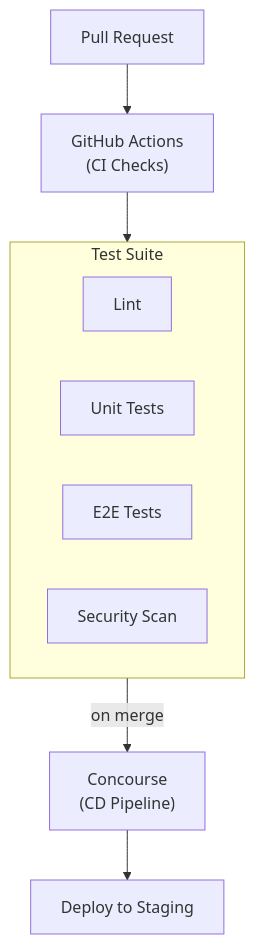
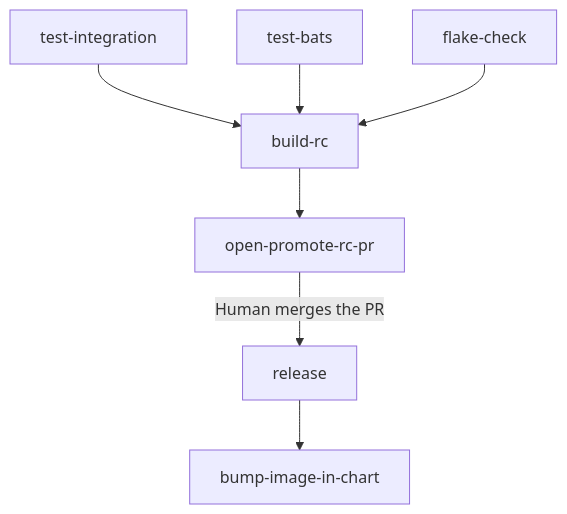
One commit to GaloyMoney/lana-bank changed the second of 2 diagrams in docs-site/docs/for-platform-engineers/deployment/ci-cd.md. Above: the diagram before and after it, drawn with Mermaid. The commit also changed other lines of this file and 6 other files, not shown here.

````diff
--- a/docs-site/docs/for-platform-engineers/deployment/ci-cd.md
+++ b/docs-site/docs/for-platform-engineers/deployment/ci-cd.md
@@ -39,16 +105,9 @@
 ```mermaid
 graph TD
-    PR["Pull Request"] --> GHA["GitHub Actions<br/>(CI Checks)"]
-
-    GHA --> SUITE
-
-    subgraph SUITE["Test Suite"]
-        LINT["Lint"]
-        UNIT["Unit Tests"]
-        E2E["E2E Tests"]
-        SEC["Security Scan"]
-    end
-
-    SUITE -->|"on merge"| CONC["Concourse<br/>(CD Pipeline)"]
-    CONC --> DEPLOY["Deploy to Staging"]
+    TI["test-integration"] --> BRC["build-rc"]
+    TB["test-bats"] --> BRC
+    FC["flake-check"] --> BRC
+    BRC --> OPR["open-promote-rc-pr"]
+    OPR -->|"Human merges the PR"| REL["release"]
+    REL --> BIC["bump-image-in-chart"]
 ```
````
